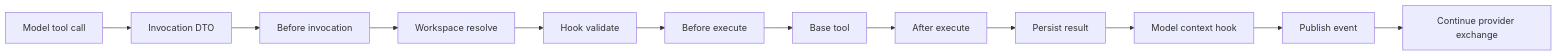
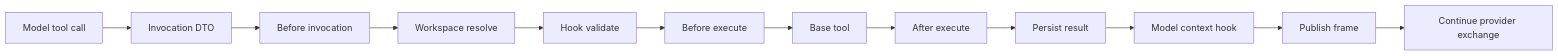
Before and after one commit to y0tsy/intention-relay: the diagram in docs/intention-relay/architecture/05-tools-workspace-and-hooks.md, drawn with Mermaid. The commit also changed other lines of this file and 8 other files, not shown here.

First line of the commit message:
docs(architecture): correct the remaining current-state references

````diff
--- a/docs/intention-relay/architecture/05-tools-workspace-and-hooks.md
+++ b/docs/intention-relay/architecture/05-tools-workspace-and-hooks.md
@@ -119,14 +119,14 @@
 ```mermaid
 flowchart LR
   MT[Model tool call] --> IV[Invocation DTO]
   IV --> BI[Before invocation]
   BI --> WR[Workspace resolve]
   WR --> BV[Hook validate]
   BV --> BE[Before execute]
   BE --> EX[Base tool]
   EX --> AE[After execute]
   AE --> PE[Persist result]
   PE --> MC[Model context hook]
-  MC --> PB[Publish event]
+  MC --> PB[Publish frame]
   PB --> CE[Continue provider exchange]
 ```
````
